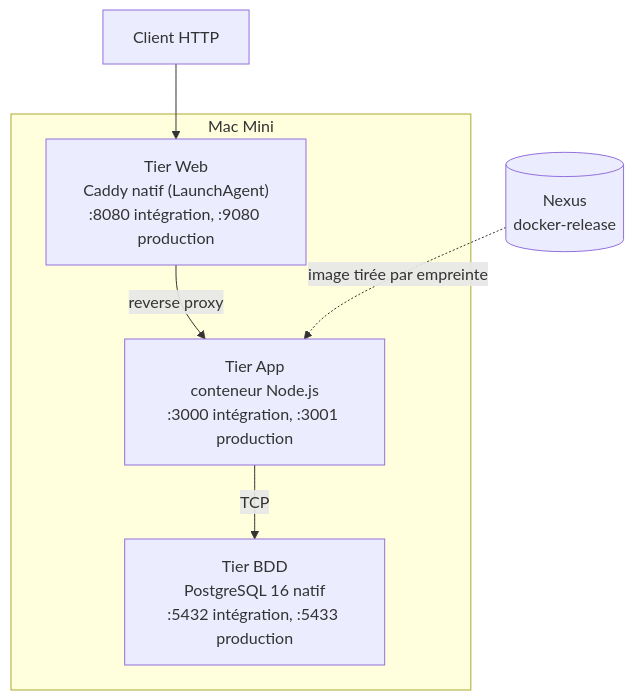
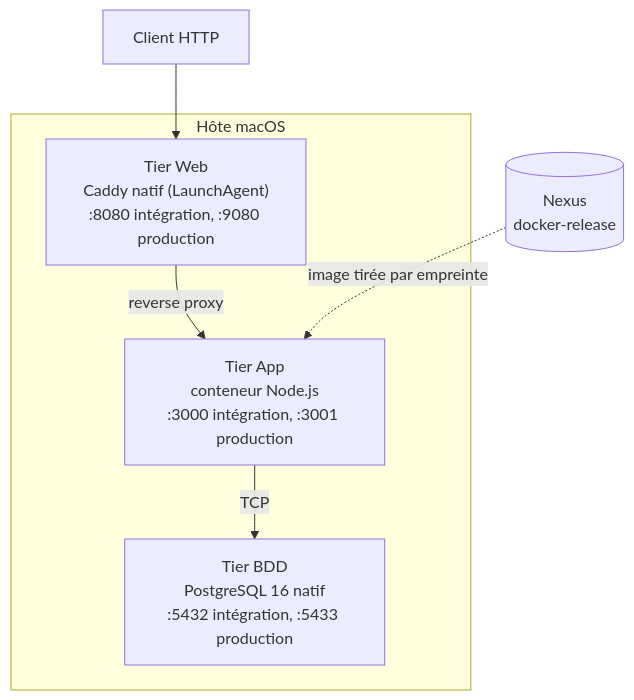
One commit to logo-solutions/factice changed the first of 2 diagrams in Docs/architecture-3tiers.md. Above: the diagram before and after it, drawn with Mermaid. The commit also changed other lines of this file and 24 other files, not shown here.

````diff
--- a/Docs/architecture-3tiers.md
+++ b/Docs/architecture-3tiers.md
@@ -17,12 +17,12 @@
 ```mermaid
 flowchart TD
     C[Client HTTP] --> W
-    subgraph hôte [Mac Mini]
+    subgraph hôte [Hôte macOS]
         W["Tier Web<br/>Caddy natif (LaunchAgent)<br/>:8080 intégration, :9080 production"]
         A["Tier App<br/>conteneur Node.js<br/>:3000 intégration, :3001 production"]
         D["Tier BDD<br/>PostgreSQL 16 natif<br/>:5432 intégration, :5433 production"]
         W -->|reverse proxy| A
         A -->|TCP| D
     end
     N[(Nexus<br/>docker-release)] -.->|image tirée par empreinte| A
 ```
````
